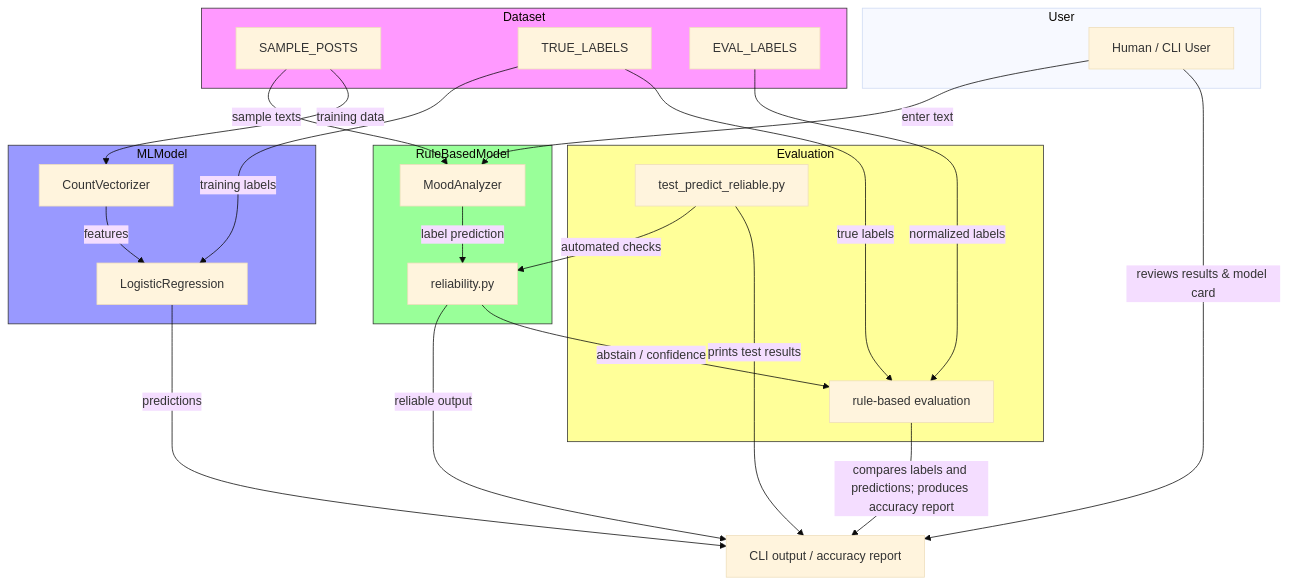
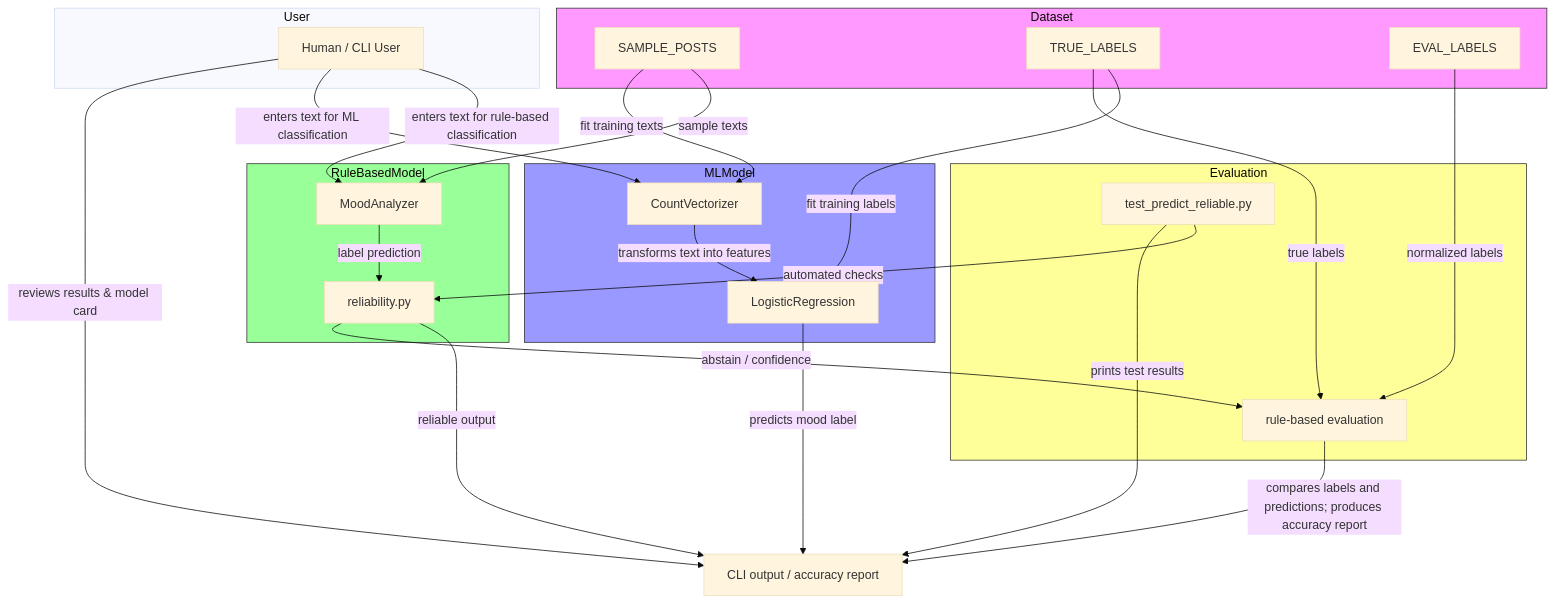
Before and after one commit to joegon806/applied-ai-system-project: the diagram in uml.mmd, drawn with Mermaid (base theme). The commit also changed 1 other file, not shown here.

Commit message:
updated main and system diagram

```diff
--- a/uml.mmd
+++ b/uml.mmd
@@ -1,48 +1,49 @@
 flowchart TD
     subgraph User
         U[Human / CLI User]
     end
 
     subgraph Dataset
         DS1[SAMPLE_POSTS]
         DS2[TRUE_LABELS]
         DS3[EVAL_LABELS]
     end
 
     subgraph RuleBasedModel
         MA[MoodAnalyzer]
         REL[reliability.py]
     end
 
     subgraph MLModel
         VEC[CountVectorizer]
         ML[LogisticRegression]
     end
 
     subgraph Evaluation
         EVAL[rule-based evaluation]
         TEST[test_predict_reliable.py]
     end
 
-    U -->|enter text| MA
+    U -->|enters text for rule-based classification| MA
     DS1 -->|sample texts| MA
     MA -->|label prediction| REL
     REL -->|reliable output| Output[CLI output / accuracy report]
 
-    DS1 -->|training data| VEC
-    DS2 -->|training labels| ML
-    VEC -->|features| ML
-    ML -->|predictions| Output
+    DS1 -->|fit training texts| VEC
+    DS2 -->|fit training labels| ML
+    U -->|enters text for ML classification| VEC
+    VEC -->|transforms text into features| ML
+    ML -->|predicts mood label| Output
     DS2 -->|true labels| EVAL
     DS3 -->|normalized labels| EVAL
     REL -->|abstain / confidence| EVAL
     EVAL -->|compares labels and predictions; produces accuracy report| Output
-
+    
     TEST -->|automated checks| REL
     TEST -->|prints test results| Output
     U -->|reviews results & model card| Output
 
     style Dataset fill:#f9f,stroke:#333,stroke-width:1px
     style RuleBasedModel fill:#9f9,stroke:#333,stroke-width:1px
     style MLModel fill:#99f,stroke:#333,stroke-width:1px
     style Evaluation fill:#ff9,stroke:#333,stroke-width:1px
```
